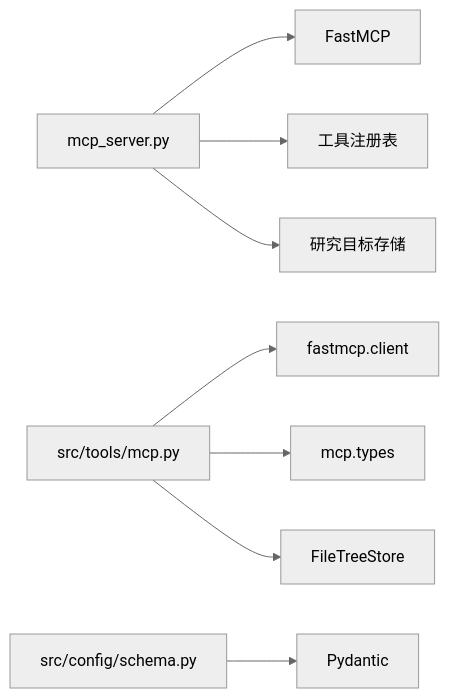
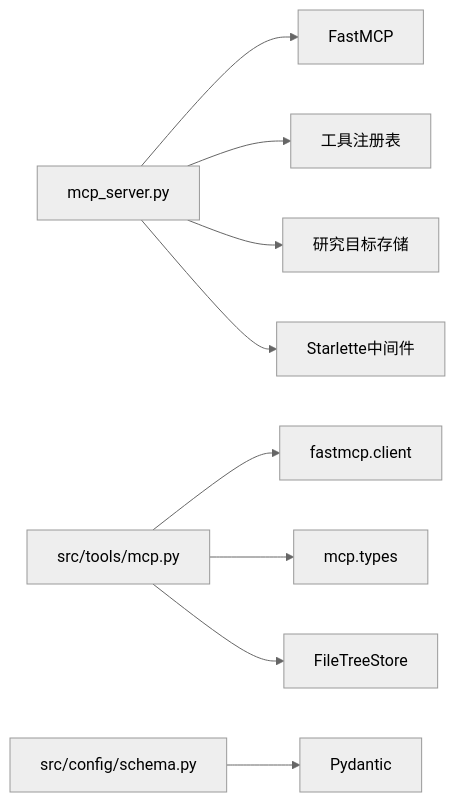
The sixth of 6 diagrams in .qoder/repowiki/zh/content/API参考/MCP协议.md (20012002er/Vibe-Trading), drawn with Mermaid (neutral theme) before and after one commit. The commit also changed other lines of this file and 67 other files, not shown here.

````diff
--- a/.qoder/repowiki/zh/content/API参考/MCP协议.md
+++ b/.qoder/repowiki/zh/content/API参考/MCP协议.md
@@ -248,10 +320,11 @@
 ```mermaid
 graph LR
 M["mcp_server.py"] --> F["FastMCP"]
 M --> R["工具注册表"]
 M --> G["研究目标存储"]
+M --> SM["Starlette中间件"]
 A["src/tools/mcp.py"] --> FC["fastmcp.client"]
 A --> MT["mcp.types"]
 A --> KV["FileTreeStore"]
 S["src/config/schema.py"] --> P["Pydantic"]
 ```
````
